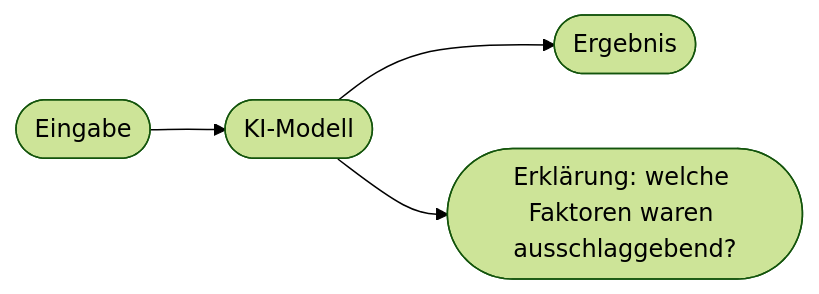
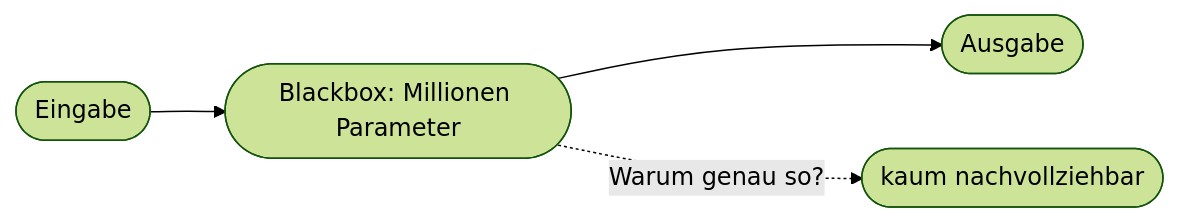
Before and after one commit to Qualidy/Prompt-Engineering-KI-in-der-Arbeitswelt: the diagram in docs/content/kapitel34.md, drawn with Mermaid (forest theme). The commit also changed other lines of this file and 80 other files, not shown here.

````diff
--- a/docs/content/kapitel34.md
+++ b/docs/content/kapitel34.md
@@ -34,6 +21,6 @@
 ```mermaid
 flowchart LR
-    A([Eingabe]) --> B([KI-Modell])
-    B --> C([Ergebnis])
-    B --> D([Erklärung: welche Faktoren waren ausschlaggebend?])
+    A([Eingabe]) --> B([Blackbox: Millionen Parameter])
+    B --> C([Ausgabe])
+    B -.->|Warum genau so?| D([kaum nachvollziehbar])
 ```
````
